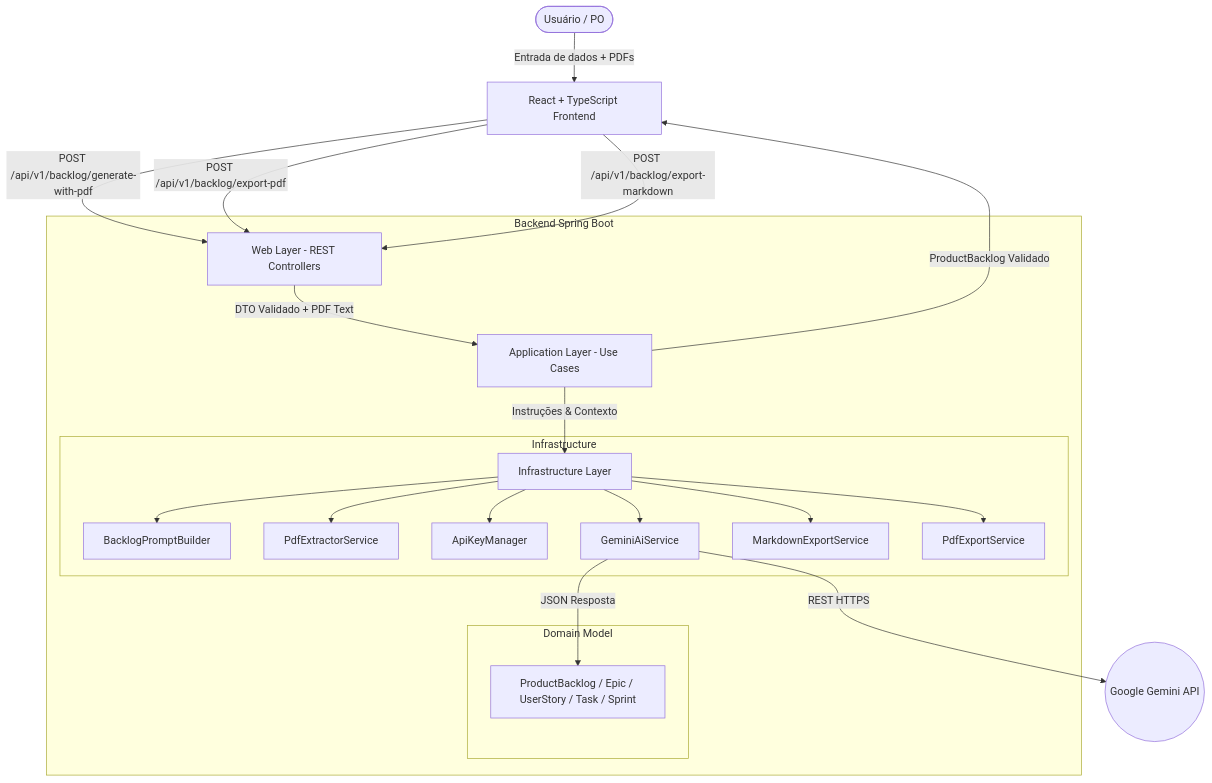
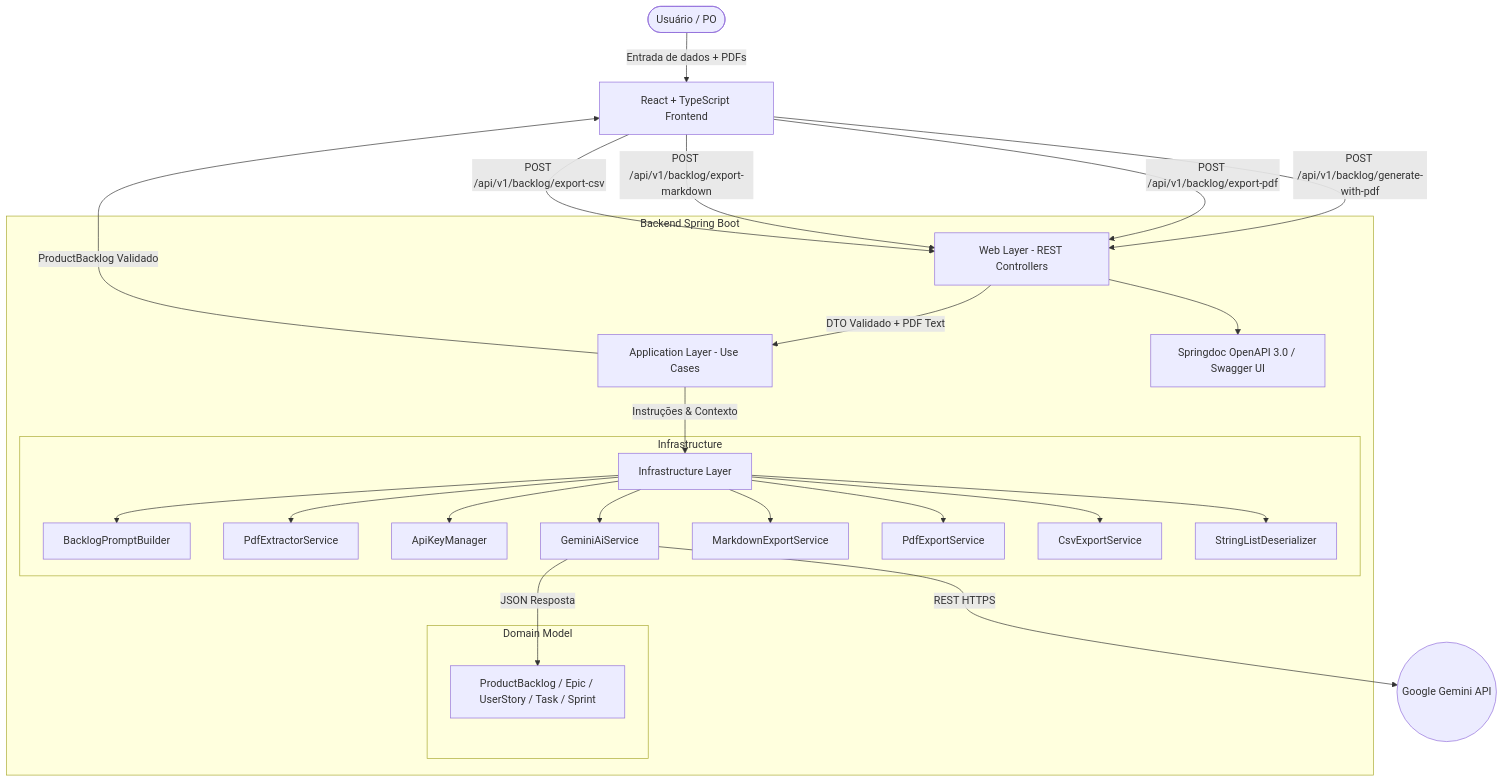
One commit to DanielDPereira/BacklogForge changed the diagram in docs/architecture.md. Above: the diagram before and after it, drawn with Mermaid. The commit also changed other lines of this file and 4 other files, not shown here.

Commit message:
docs: update API contracts, architecture and backlog documentation with CSV export and inline editing

````diff
--- a/docs/architecture.md
+++ b/docs/architecture.md
@@ -14,30 +14,34 @@
 ```mermaid
 graph TD
     User([Usuário / PO]) -->|Entrada de dados + PDFs| Frontend[React + TypeScript Frontend]
     Frontend -->|POST /api/v1/backlog/generate-with-pdf| WebLayer[Web Layer - REST Controllers]
     Frontend -->|POST /api/v1/backlog/export-pdf| WebLayer
     Frontend -->|POST /api/v1/backlog/export-markdown| WebLayer
+    Frontend -->|POST /api/v1/backlog/export-csv| WebLayer
     
     subgraph Backend Spring Boot
         WebLayer -->|DTO Validado + PDF Text| AppLayer[Application Layer - Use Cases]
+        WebLayer --> Swagger[Springdoc OpenAPI 3.0 / Swagger UI]
         AppLayer -->|Instruções & Contexto| InfraLayer[Infrastructure Layer]
         
         subgraph Infrastructure
             InfraLayer --> PromptBuilder[BacklogPromptBuilder]
             InfraLayer --> PDFBox[PdfExtractorService]
             InfraLayer --> ApiKeyManager[ApiKeyManager]
             InfraLayer --> GeminiService[GeminiAiService]
             InfraLayer --> MarkdownExport[MarkdownExportService]
             InfraLayer --> PdfExport[PdfExportService]
+            InfraLayer --> CsvExport[CsvExportService]
+            InfraLayer --> Deserializers[StringListDeserializer]
         end
         
         subgraph Domain Model
             Domain[ProductBacklog / Epic / UserStory / Task / Sprint]
         end
         
         GeminiService -->|JSON Resposta| Domain
     end
     
     GeminiService -->|REST HTTPS| GeminiAPI((Google Gemini API))
     AppLayer -->|ProductBacklog Validado| Frontend
 ```
````
